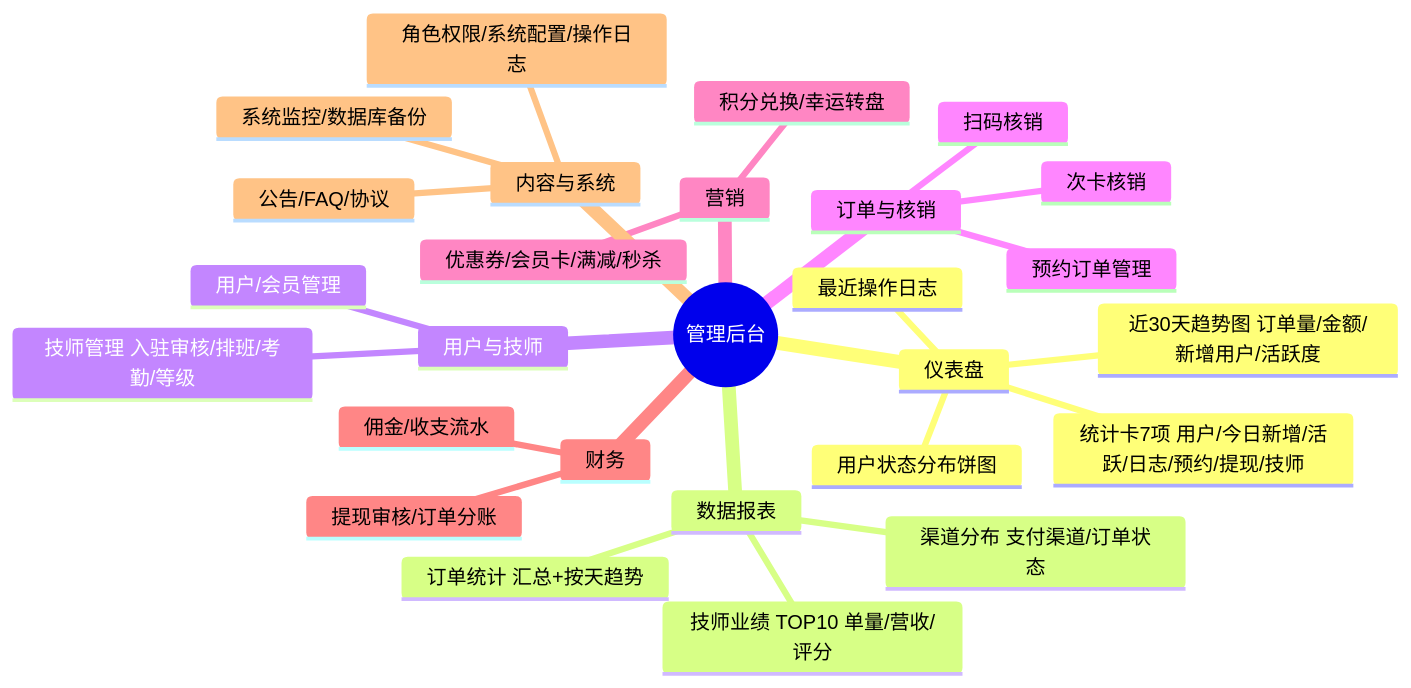
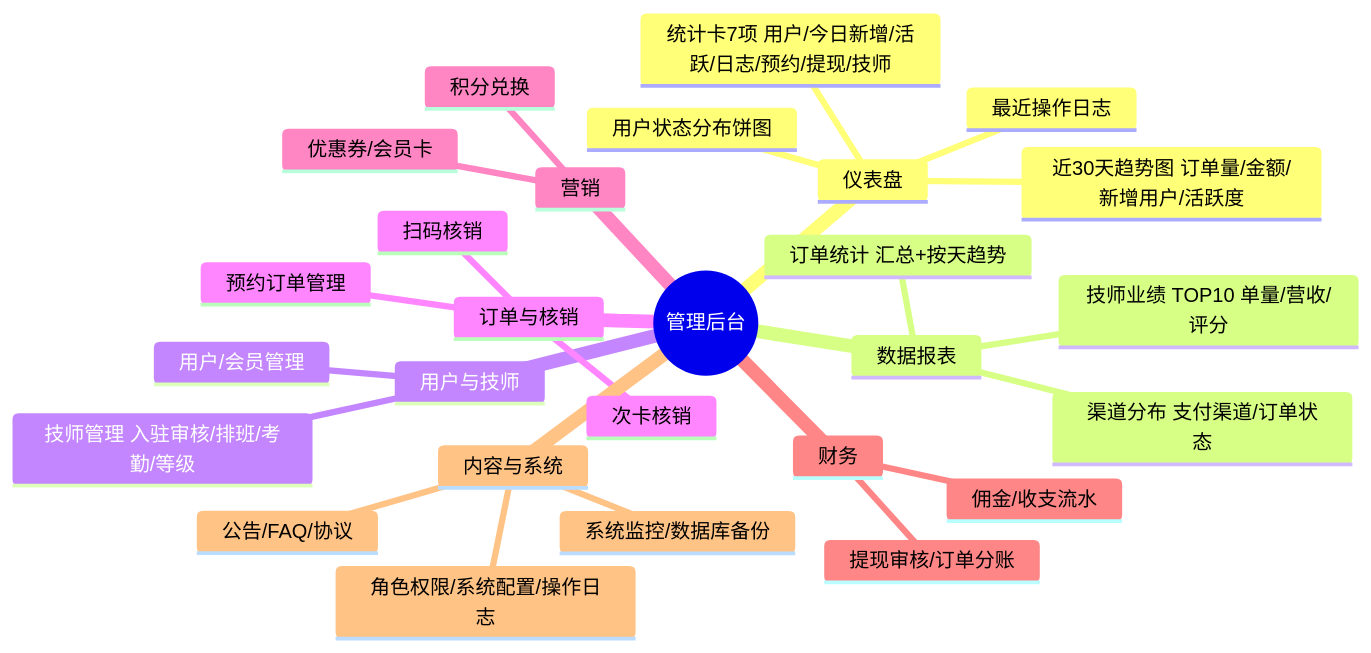
Before and after one commit to erikwang2013/appointment-php: the diagram in admin/apps/flutter/README.md, drawn with Mermaid. The commit also changed 26 other files, not shown here.

````diff
--- a/admin/apps/flutter/README.md
+++ b/admin/apps/flutter/README.md
@@ -63,30 +63,30 @@
 ```mermaid
 mindmap
   root((管理后台))
     仪表盘
       统计卡7项 用户/今日新增/活跃/日志/预约/提现/技师
       近30天趋势图 订单量/金额/新增用户/活跃度
       用户状态分布饼图
       最近操作日志
     数据报表
       订单统计 汇总+按天趋势
       技师业绩 TOP10 单量/营收/评分
       渠道分布 支付渠道/订单状态
     用户与技师
       用户/会员管理
       技师管理 入驻审核/排班/考勤/等级
     订单与核销
       预约订单管理
       扫码核销
       次卡核销
     营销
-      优惠券/会员卡/满减/秒杀
-      积分兑换/幸运转盘
+      优惠券/会员卡
+      积分兑换
     财务
       提现审核/订单分账
       佣金/收支流水
     内容与系统
       公告/FAQ/协议
       角色权限/系统配置/操作日志
       系统监控/数据库备份
 ```
````
